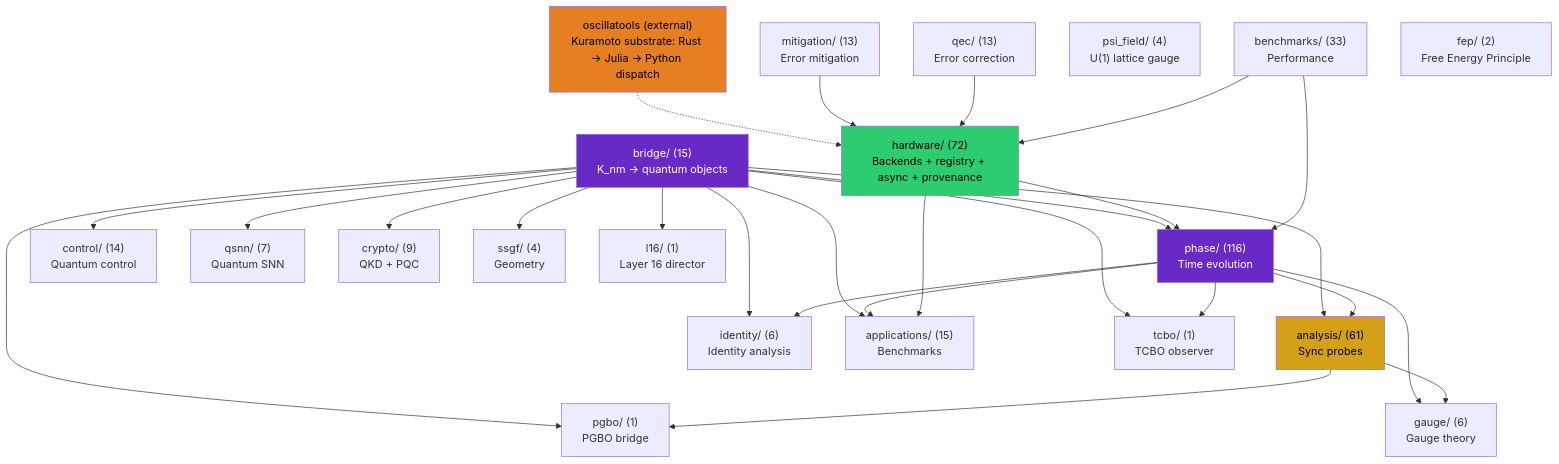
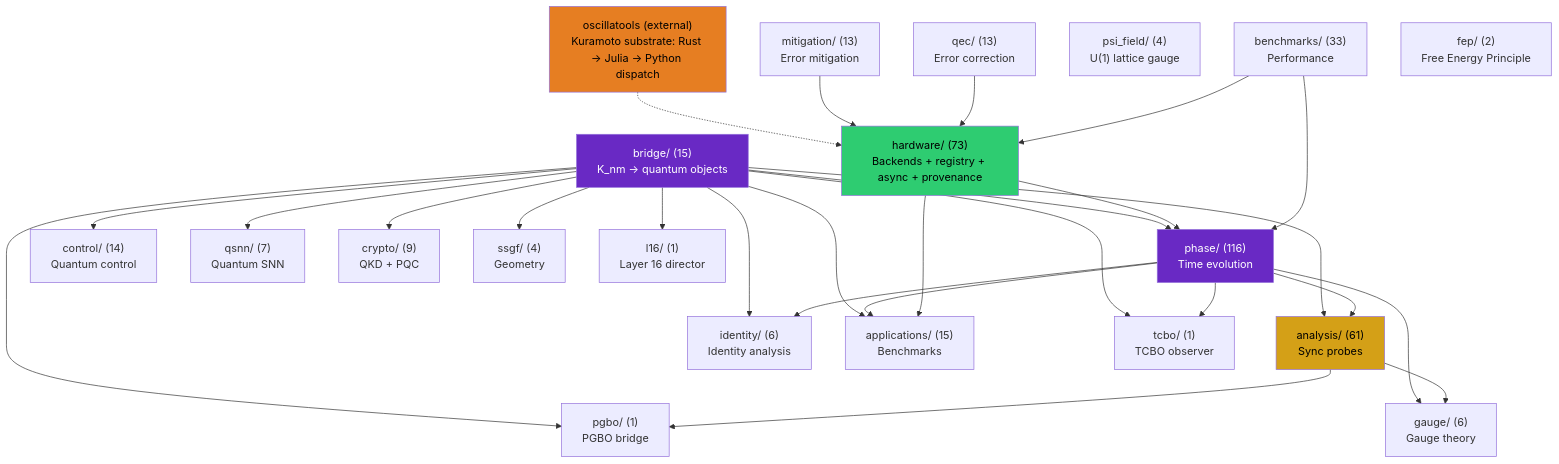
The first of 4 diagrams in docs/architecture.md (anulum/scpn-quantum-control), drawn with Mermaid before and after one commit. The commit also changed other lines of this file and 9 other files, not shown here.

````diff
--- a/docs/architecture.md
+++ b/docs/architecture.md
@@ -362,55 +362,55 @@
 ```mermaid
 graph TD
     bridge["bridge/ (15)\nK_nm → quantum objects"]
     phase["phase/ (116)\nTime evolution"]
     analysis["analysis/ (61)\nSync probes"]
     control["control/ (14)\nQuantum control"]
     qsnn["qsnn/ (7)\nQuantum SNN"]
     identity["identity/ (6)\nIdentity analysis"]
-    hardware["hardware/ (72)\nBackends + registry + async + provenance"]
+    hardware["hardware/ (73)\nBackends + registry + async + provenance"]
     mitigation["mitigation/ (13)\nError mitigation"]
     qec["qec/ (13)\nError correction"]
     gauge["gauge/ (6)\nGauge theory"]
     apps["applications/ (15)\nBenchmarks"]
     crypto["crypto/ (9)\nQKD + PQC"]
     benchmarks["benchmarks/ (33)\nPerformance"]
     ssgf["ssgf/ (4)\nGeometry"]
     psi_field["psi_field/ (4)\nU(1) lattice gauge"]
     oscillatools["oscillatools (external)\nKuramoto substrate: Rust → Julia → Python dispatch"]
     fep["fep/ (2)\nFree Energy Principle"]
     tcbo["tcbo/ (1)\nTCBO observer"]
     pgbo["pgbo/ (1)\nPGBO bridge"]
     l16["l16/ (1)\nLayer 16 director"]
 
     bridge --> phase
     bridge --> analysis
     bridge --> control
     bridge --> qsnn
     bridge --> identity
     bridge --> apps
     bridge --> crypto
     bridge --> ssgf
     phase --> analysis
     phase --> identity
     phase --> apps
     phase --> gauge
     analysis --> gauge
     hardware --> phase
     hardware --> apps
     oscillatools -.-> hardware
     mitigation --> hardware
     qec --> hardware
     benchmarks --> phase
     benchmarks --> hardware
     bridge --> tcbo
     bridge --> pgbo
     bridge --> l16
     phase --> tcbo
     analysis --> pgbo
 
     style bridge fill:#6929C4,color:#fff
     style analysis fill:#d4a017,color:#000
     style phase fill:#6929C4,color:#fff
     style hardware fill:#2ecc71,color:#000
     style oscillatools fill:#e67e22,color:#000
 ```
````
